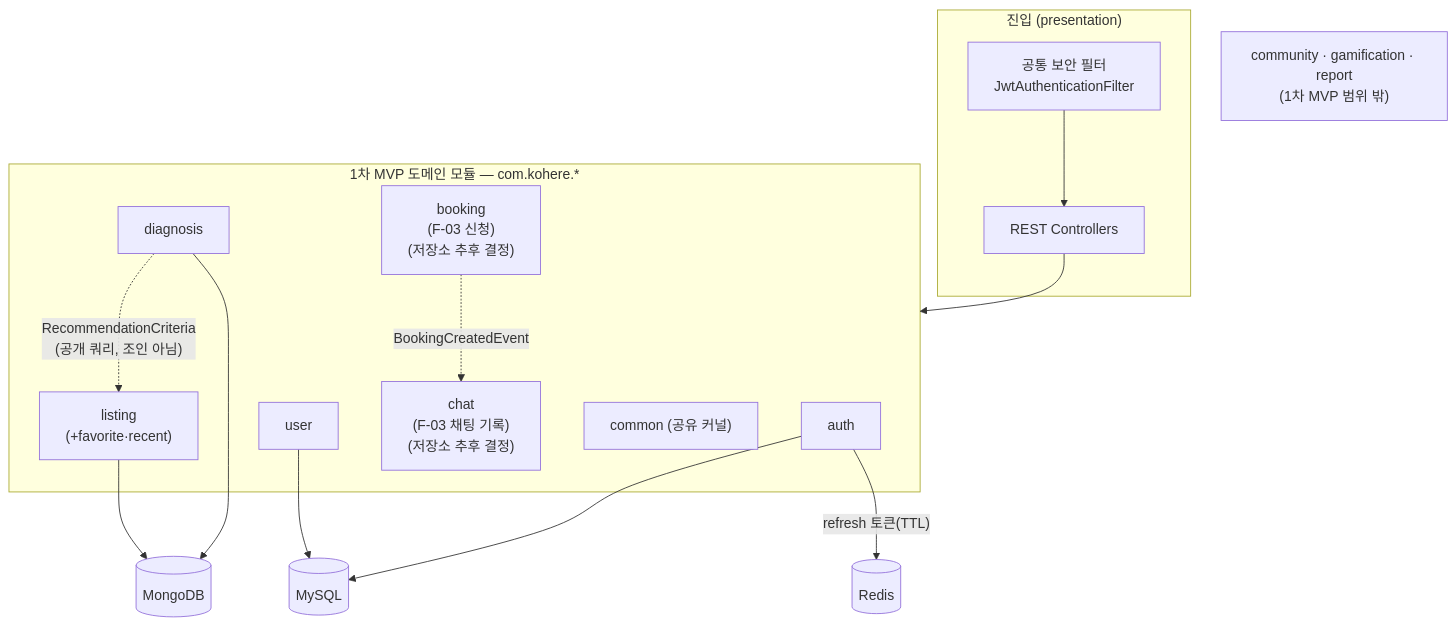
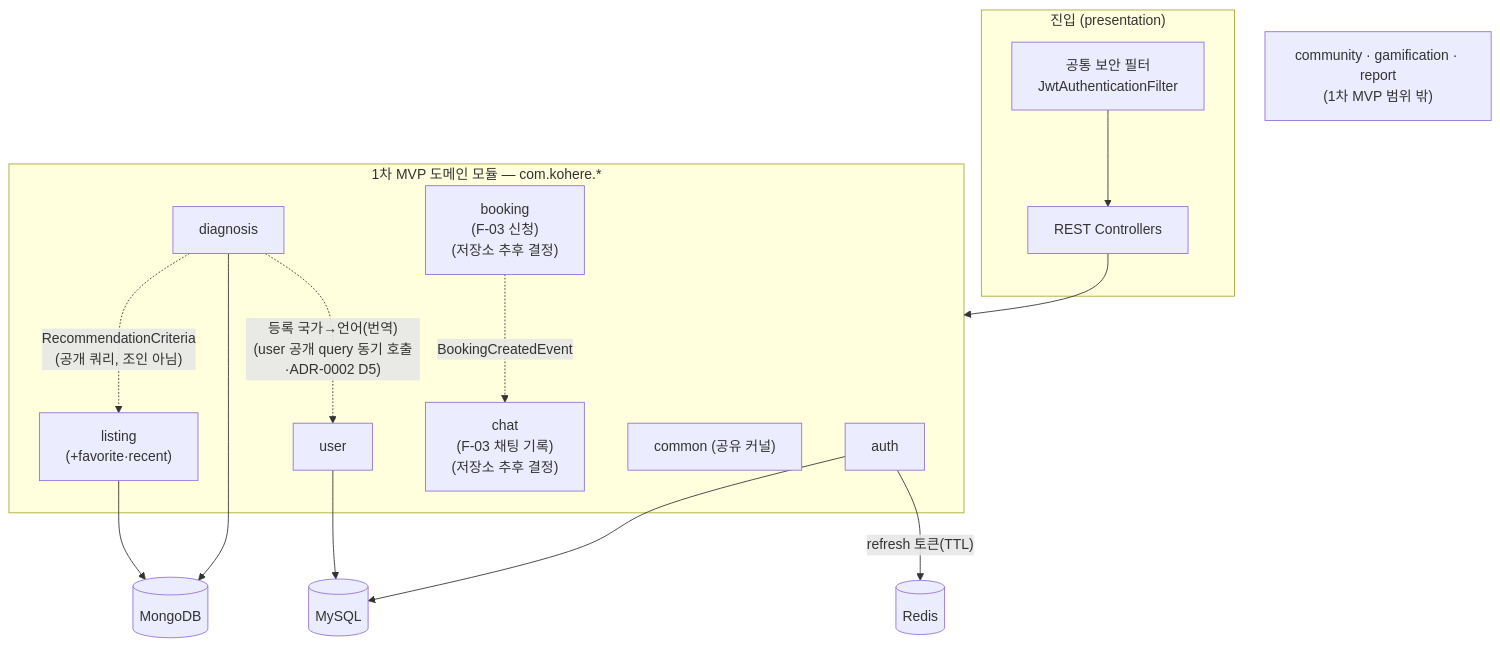
Before and after one commit to jameskim9509/Kohere-backend: the second of 5 diagrams in docs/architecture/system-overview.md, drawn with Mermaid. The commit also changed other lines of this file and 20 other files, not shown here.

````diff
--- a/docs/architecture/system-overview.md
+++ b/docs/architecture/system-overview.md
@@ -66,34 +66,35 @@
 ```mermaid
 flowchart TB
     subgraph Entry["진입 (presentation)"]
       FILTER["공통 보안 필터<br/>JwtAuthenticationFilter"]
       REST["REST Controllers"]
     end
 
     subgraph Mods["1차 MVP 도메인 모듈 — com.kohere.*"]
       AUTH["auth"]
       USER["user"]
       DIAG["diagnosis"]
       LIST["listing<br/>(+favorite·recent)"]
       BOOKING["booking<br/>(F-03 신청)<br/>(저장소 추후 결정)"]
       CHAT["chat<br/>(F-03 채팅 기록)<br/>(저장소 추후 결정)"]
       CMN["common (공유 커널)"]
     end
 
     MYSQL[("MySQL")]
     MONGO[("MongoDB")]
     REDIS[("Redis")]
 
     FILTER --> REST --> Mods
 
     DIAG -. "RecommendationCriteria<br/>(공개 쿼리, 조인 아님)" .-> LIST
+    DIAG -. "등록 국가→언어(번역)<br/>(user 공개 query 동기 호출·ADR-0002 D5)" .-> USER
     BOOKING -. "BookingCreatedEvent" .-> CHAT
 
     AUTH --> MYSQL
     AUTH -- "refresh 토큰(TTL)" --> REDIS
     USER --> MYSQL
     DIAG --> MONGO
     LIST --> MONGO
 
     DEFER["community · gamification · report<br/>(1차 MVP 범위 밖)"]
 ```
````
